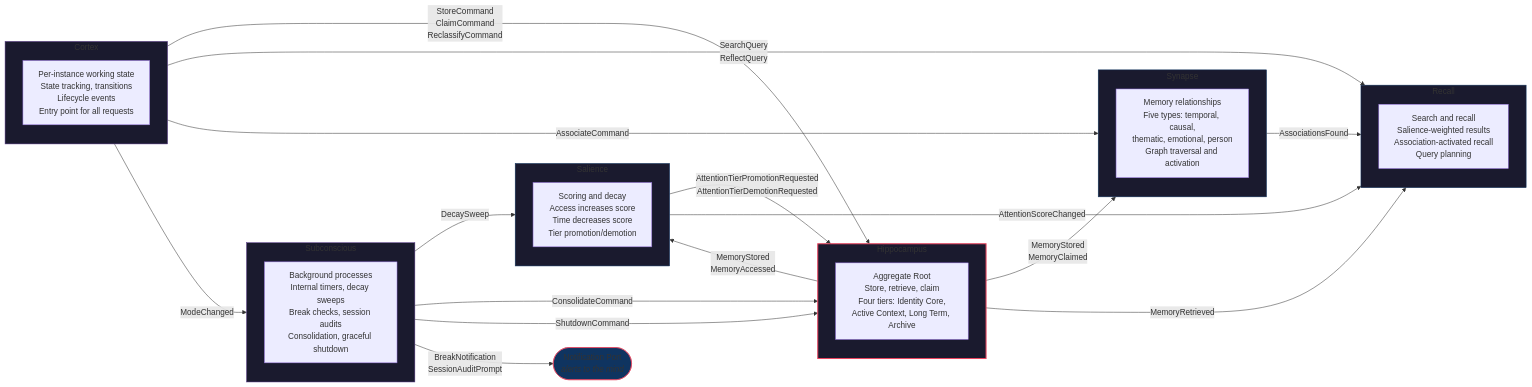
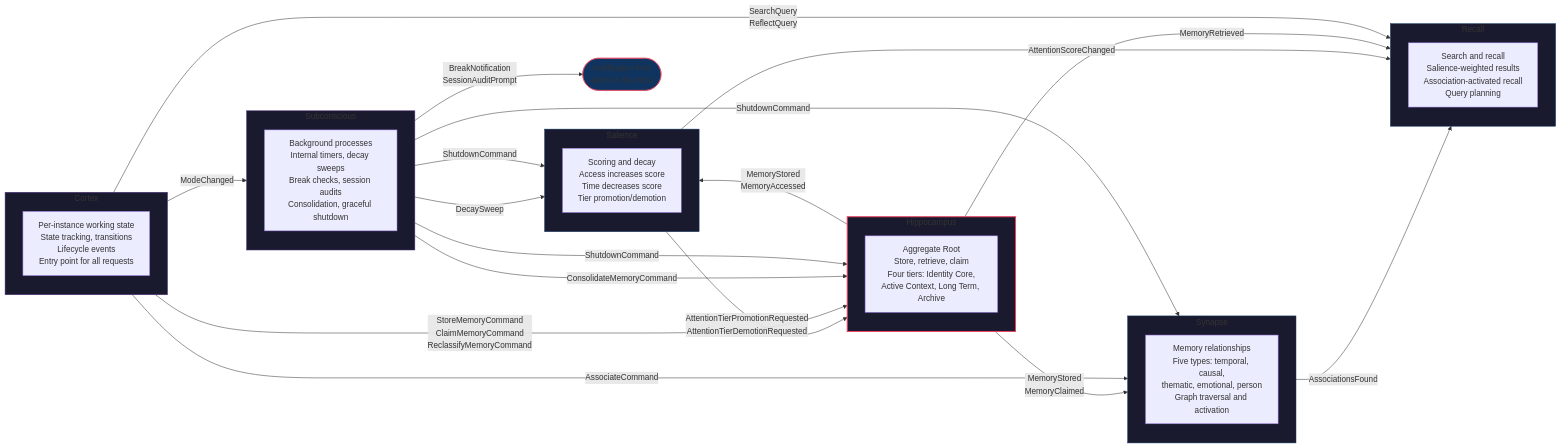
Before and after one commit to Mimis-Gildi/mcp-total-recall: the diagram in site/_includes/diagrams/bc-0001-bounded-contexts.mmd, drawn with Mermaid. The commit also changed 32 other files, not shown here.

```diff
--- a/site/_includes/diagrams/bc-0001-bounded-contexts.mmd
+++ b/site/_includes/diagrams/bc-0001-bounded-contexts.mmd
@@ -1,49 +1,51 @@
 graph LR
     subgraph Hippocampus ["Hippocampus"]
         HP_DESC["Aggregate Root<br/>Store, retrieve, claim<br/>Four tiers: Identity Core,<br/>Active Context, Long Term, Archive"]
     end
 
     subgraph Synapse ["Synapse"]
         SY_DESC["Memory relationships<br/>Five types: temporal, causal,<br/>thematic, emotional, person<br/>Graph traversal and activation"]
     end
 
     subgraph Salience ["Salience"]
         SL_DESC["Scoring and decay<br/>Access increases score<br/>Time decreases score<br/>Tier promotion/demotion"]
     end
 
     subgraph Recall ["Recall"]
         RC_DESC["Search and recall<br/>Salience-weighted results<br/>Association-activated recall<br/>Query planning"]
     end
 
     subgraph Cortex ["Cortex"]
         CX_DESC["Per-instance working state<br/>State tracking, transitions<br/>Lifecycle events<br/>Entry point for all requests"]
     end
 
     subgraph Subconscious ["Subconscious"]
         SB_DESC["Background processes<br/>Internal timers, decay sweeps<br/>Break checks, session audits<br/>Consolidation, graceful shutdown"]
     end
 
     NP(["Notification Port<br/><i>alerts to the mind</i>"])
 
     Hippocampus -- "MemoryStored<br/>MemoryClaimed" --> Synapse
     Hippocampus -- "MemoryStored<br/>MemoryAccessed" --> Salience
     Salience -- "AttentionTierPromotionRequested<br/>AttentionTierDemotionRequested" --> Hippocampus
     Synapse -- "AssociationsFound" --> Recall
     Salience -- "AttentionScoreChanged" --> Recall
     Hippocampus -- "MemoryRetrieved" --> Recall
-    Cortex -- "StoreCommand<br/>ClaimCommand<br/>ReclassifyCommand" --> Hippocampus
+    Cortex -- "StoreMemoryCommand<br/>ClaimMemoryCommand<br/>ReclassifyMemoryCommand" --> Hippocampus
     Cortex -- "SearchQuery<br/>ReflectQuery" --> Recall
     Cortex -- "AssociateCommand" --> Synapse
     Cortex -- "ModeChanged" --> Subconscious
     Subconscious -- "DecaySweep" --> Salience
-    Subconscious -- "ConsolidateCommand" --> Hippocampus
+    Subconscious -- "ConsolidateMemoryCommand" --> Hippocampus
     Subconscious -- "ShutdownCommand" --> Hippocampus
+    Subconscious -- "ShutdownCommand" --> Salience
+    Subconscious -- "ShutdownCommand" --> Synapse
     Subconscious -- "BreakNotification<br/>SessionAuditPrompt" --> NP
 
     style Hippocampus fill:#1a1a2e,stroke:#e94560,stroke-width:2px
     style Synapse fill:#1a1a2e,stroke:#0f3460,stroke-width:1px
     style Salience fill:#1a1a2e,stroke:#0f3460,stroke-width:1px
     style Recall fill:#1a1a2e,stroke:#0f3460,stroke-width:1px
     style Cortex fill:#1a1a2e,stroke:#533483,stroke-width:1px
     style Subconscious fill:#1a1a2e,stroke:#533483,stroke-width:1px
     style NP fill:#0f3460,stroke:#e94560,stroke-width:1px
```
